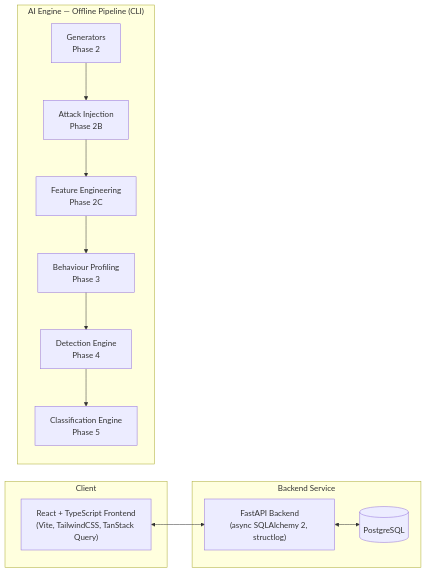
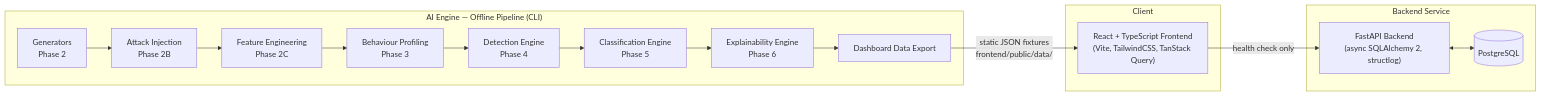
One commit to Srinithik5/sentinel-ai changed the second of 4 diagrams in README.md. Above: the diagram before and after it, drawn with Mermaid. The commit also changed other lines of this file and 10 other files, not shown here.

````diff
--- a/README.md
+++ b/README.md
@@ -49,24 +56,27 @@
 ```mermaid
 flowchart LR
     subgraph Client["Client"]
         FE["React + TypeScript Frontend\n(Vite, TailwindCSS, TanStack Query)"]
     end
 
     subgraph Server["Backend Service"]
         BE["FastAPI Backend\n(async SQLAlchemy 2, structlog)"]
         DB[("PostgreSQL")]
     end
 
     subgraph Engine["AI Engine — Offline Pipeline (CLI)"]
         GEN["Generators\nPhase 2"]
         ATK["Attack Injection\nPhase 2B"]
         FEAT["Feature Engineering\nPhase 2C"]
         PROF["Behaviour Profiling\nPhase 3"]
         DET["Detection Engine\nPhase 4"]
         CLS["Classification Engine\nPhase 5"]
-        GEN --> ATK --> FEAT --> PROF --> DET --> CLS
+        EXP["Explainability Engine\nPhase 6"]
+        DASH["Dashboard Data Export"]
+        GEN --> ATK --> FEAT --> PROF --> DET --> CLS --> EXP --> DASH
     end
 
-    FE <--> BE
+    FE -- "health check only" --> BE
     BE <--> DB
+    DASH -- "static JSON fixtures\nfrontend/public/data/" --> FE
 ```
````
